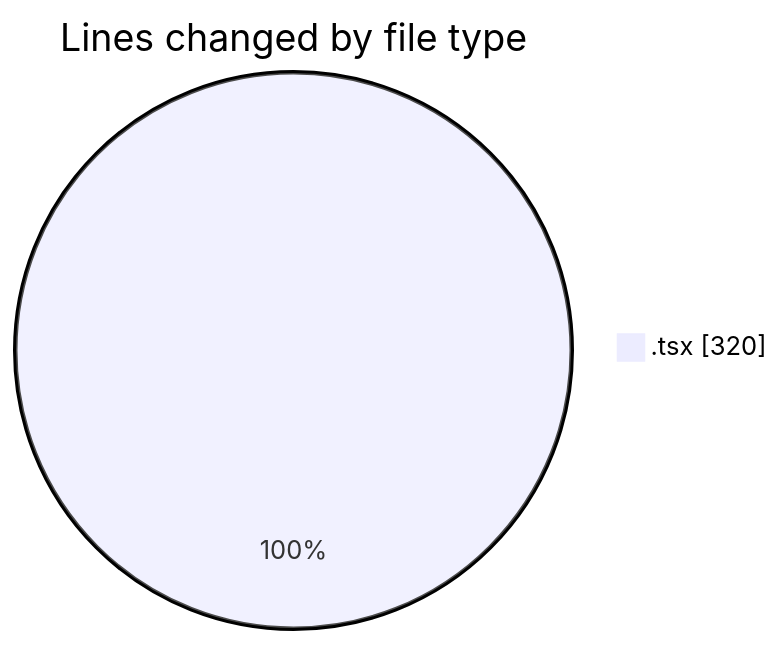
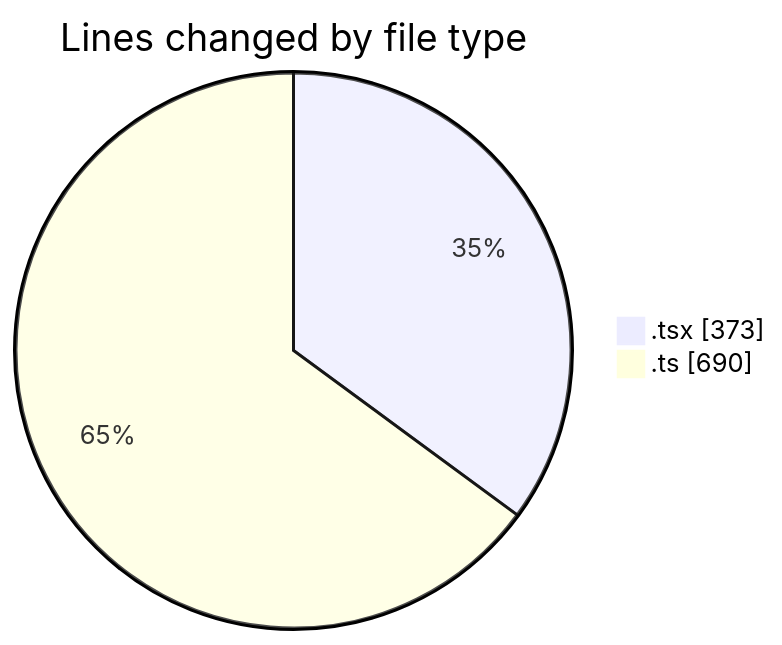
The first of 2 diagrams in 2026-11-09/cda/README.md (momahboobian/code-tracking), drawn with Mermaid before and after one commit. The commit also changed other lines of this file and 1 other file, not shown here.

````diff
--- a/2026-11-09/cda/README.md
+++ b/2026-11-09/cda/README.md
@@ -20,5 +23,6 @@
 ```mermaid
 pie showData
 title Lines changed by file type
-".tsx" : 320
+".tsx" : 373
+".ts" : 690
 ```
````
